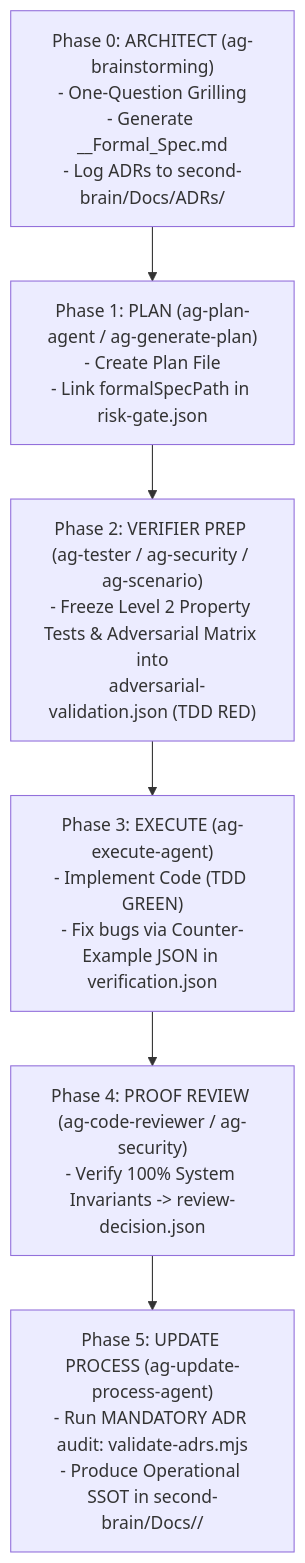
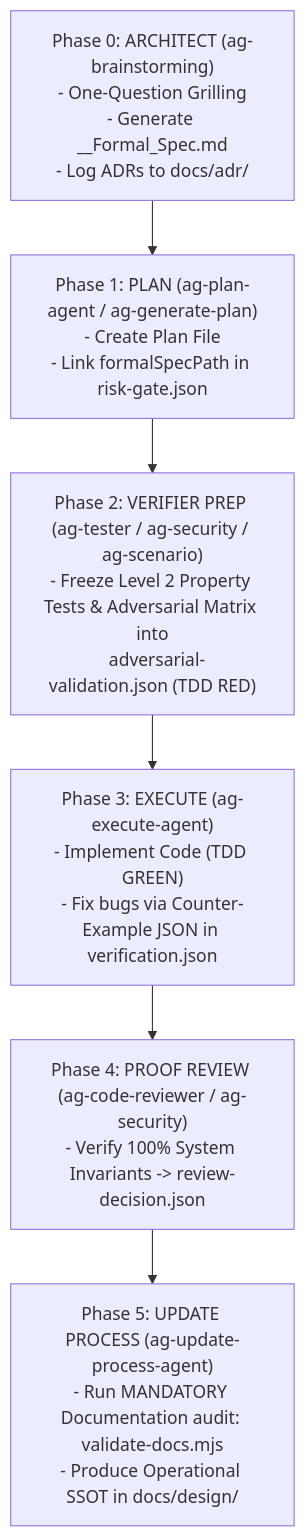
Before and after one commit to ngxccc/agent-skills-kit: the diagram in README.md, drawn with Mermaid. The commit also changed other lines of this file and 7 other files, not shown here.

````diff
--- a/README.md
+++ b/README.md
@@ -62,8 +62,8 @@
 ```mermaid
 flowchart TD
-    Phase0["Phase 0: ARCHITECT (ag-brainstorming)\n- One-Question Grilling\n- Generate <Feature>_<Topic>_Formal_Spec.md\n- Log ADRs to second-brain/Docs/ADRs/"] --> Phase1["Phase 1: PLAN (ag-plan-agent / ag-generate-plan)\n- Create Plan File\n- Link formalSpecPath in risk-gate.json"]
+    Phase0["Phase 0: ARCHITECT (ag-brainstorming)\n- One-Question Grilling\n- Generate <Feature>_<Topic>_Formal_Spec.md\n- Log ADRs to docs/adr/"] --> Phase1["Phase 1: PLAN (ag-plan-agent / ag-generate-plan)\n- Create Plan File\n- Link formalSpecPath in risk-gate.json"]
     Phase1 --> Phase2["Phase 2: VERIFIER PREP (ag-tester / ag-security / ag-scenario)\n- Freeze Level 2 Property Tests & Adversarial Matrix into\n  adversarial-validation.json (TDD RED)"]
     Phase2 --> Phase3["Phase 3: EXECUTE (ag-execute-agent)\n- Implement Code (TDD GREEN)\n- Fix bugs via Counter-Example JSON in verification.json"]
     Phase3 --> Phase4["Phase 4: PROOF REVIEW (ag-code-reviewer / ag-security)\n- Verify 100% System Invariants -> review-decision.json"]
-    Phase4 --> Phase5["Phase 5: UPDATE PROCESS (ag-update-process-agent)\n- Run MANDATORY ADR audit: validate-adrs.mjs\n- Produce Operational SSOT in second-brain/Docs/<Topic>/"]
+    Phase4 --> Phase5["Phase 5: UPDATE PROCESS (ag-update-process-agent)\n- Run MANDATORY Documentation audit: validate-docs.mjs\n- Produce Operational SSOT in docs/design/"]
 ```
````
